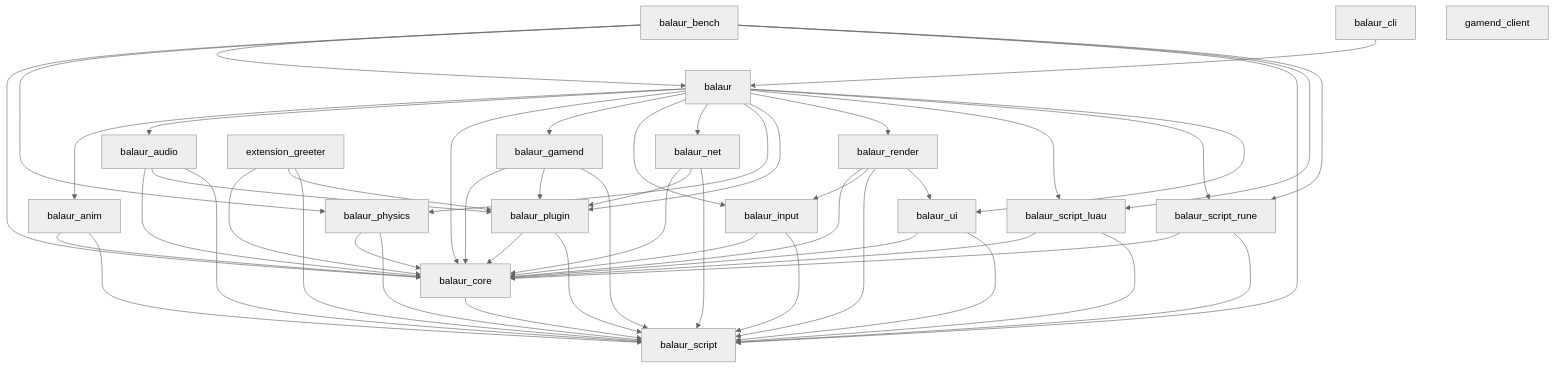
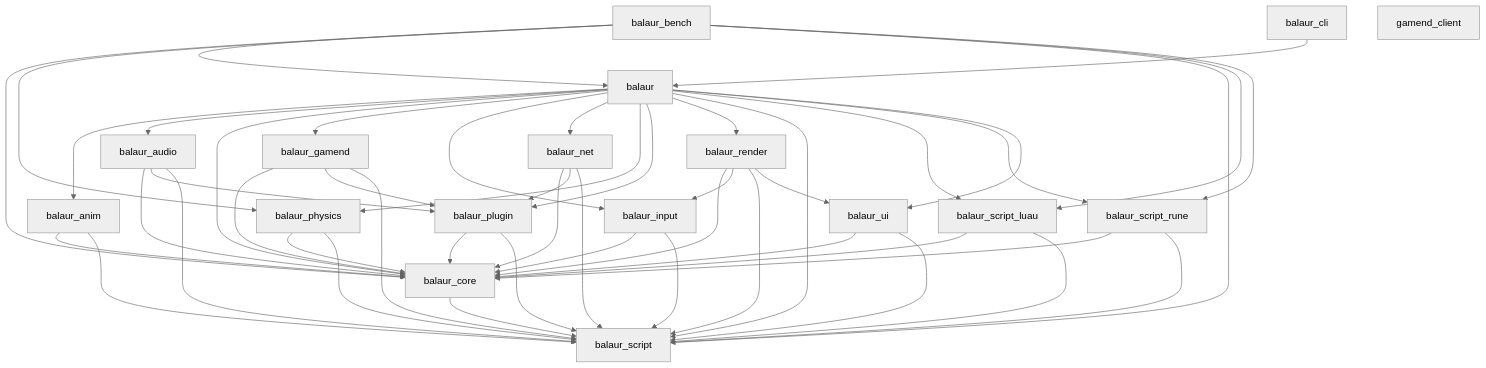
The diagram in docs/generated/crate-graph.md (balaurengine/balaur), drawn with Mermaid (neutral theme) before and after one commit. The commit also changed 52 other files, not shown here.

````diff
--- a/docs/generated/crate-graph.md
+++ b/docs/generated/crate-graph.md
@@ -8,71 +8,68 @@
 ```mermaid
 graph TD
   balaur[balaur]
   balaur_anim[balaur_anim]
   balaur_audio[balaur_audio]
   balaur_bench[balaur_bench]
   balaur_cli[balaur_cli]
   balaur_core[balaur_core]
   balaur_gamend[balaur_gamend]
   balaur_input[balaur_input]
   balaur_net[balaur_net]
   balaur_physics[balaur_physics]
   balaur_plugin[balaur_plugin]
   balaur_render[balaur_render]
   balaur_script[balaur_script]
   balaur_script_luau[balaur_script_luau]
   balaur_script_rune[balaur_script_rune]
   balaur_ui[balaur_ui]
-  extension_greeter[extension_greeter]
   gamend_client[gamend_client]
   balaur --> balaur_anim
   balaur --> balaur_audio
   balaur --> balaur_core
   balaur --> balaur_gamend
   balaur --> balaur_input
   balaur --> balaur_net
   balaur --> balaur_physics
   balaur --> balaur_plugin
   balaur --> balaur_render
+  balaur --> balaur_script
   balaur --> balaur_script_luau
   balaur --> balaur_script_rune
   balaur --> balaur_ui
   balaur_anim --> balaur_core
   balaur_anim --> balaur_script
   balaur_audio --> balaur_core
   balaur_audio --> balaur_plugin
   balaur_audio --> balaur_script
   balaur_bench --> balaur
   balaur_bench --> balaur_core
   balaur_bench --> balaur_physics
   balaur_bench --> balaur_script
   balaur_bench --> balaur_script_luau
   balaur_bench --> balaur_script_rune
   balaur_cli --> balaur
   balaur_core --> balaur_script
   balaur_gamend --> balaur_core
   balaur_gamend --> balaur_plugin
   balaur_gamend --> balaur_script
   balaur_input --> balaur_core
   balaur_input --> balaur_script
   balaur_net --> balaur_core
   balaur_net --> balaur_plugin
   balaur_net --> balaur_script
   balaur_physics --> balaur_core
   balaur_physics --> balaur_script
   balaur_plugin --> balaur_core
   balaur_plugin --> balaur_script
   balaur_render --> balaur_core
   balaur_render --> balaur_input
   balaur_render --> balaur_script
   balaur_render --> balaur_ui
   balaur_script_luau --> balaur_core
   balaur_script_luau --> balaur_script
   balaur_script_rune --> balaur_core
   balaur_script_rune --> balaur_script
   balaur_ui --> balaur_core
   balaur_ui --> balaur_script
-  extension_greeter --> balaur_core
-  extension_greeter --> balaur_plugin
-  extension_greeter --> balaur_script
 ```
````
